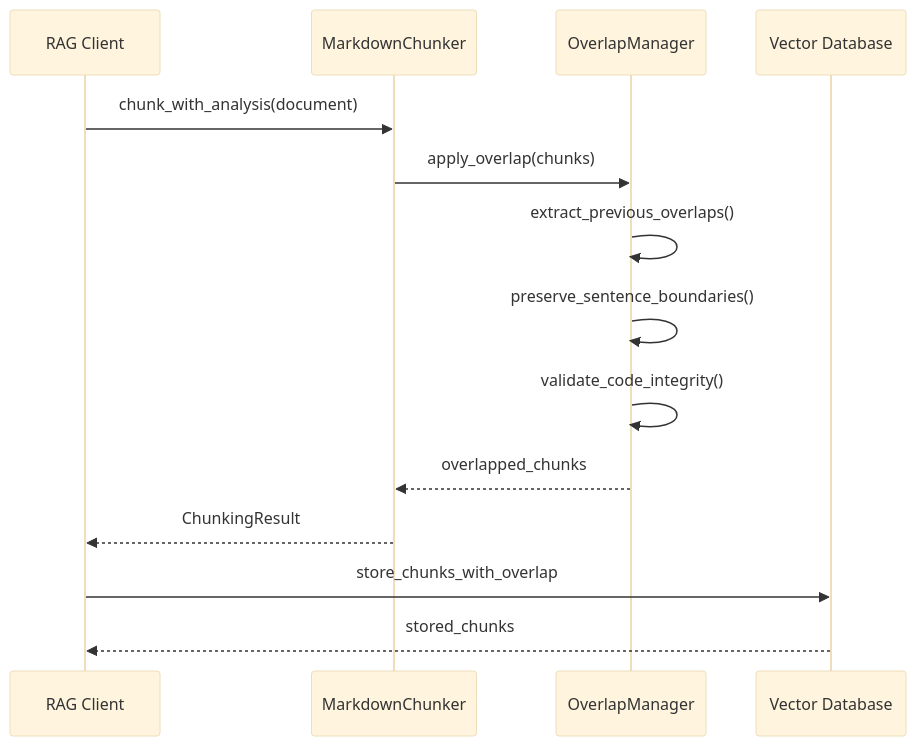
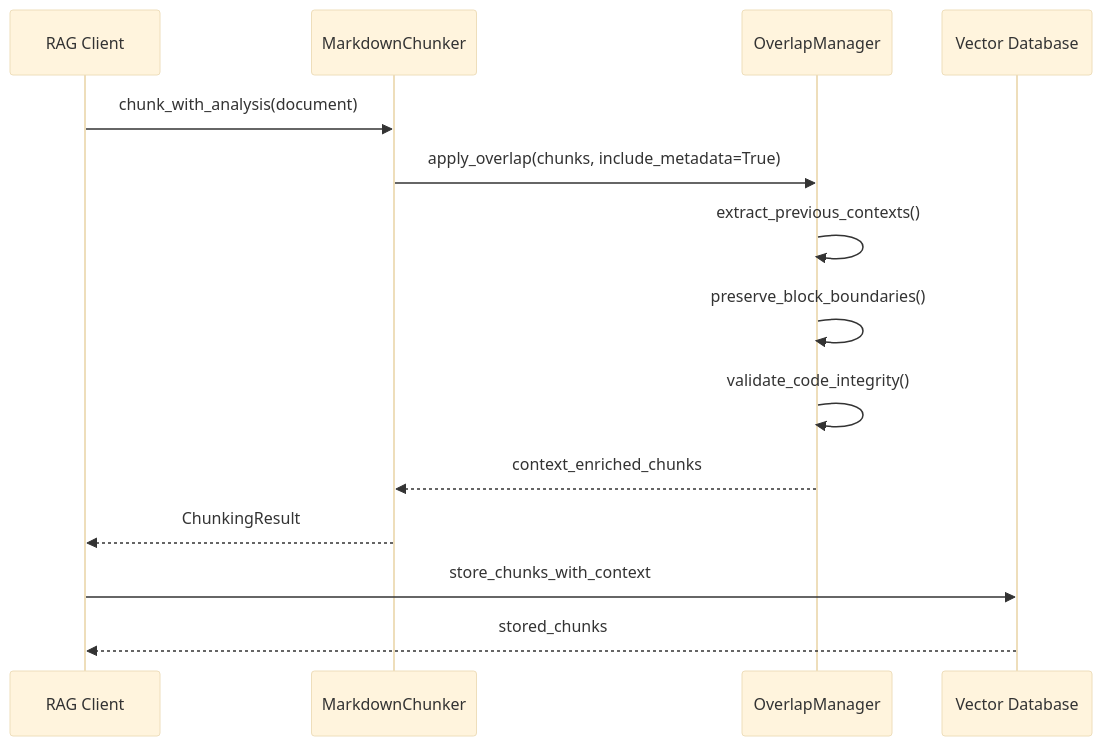
The fifth of 5 diagrams in .qoder/repowiki/en/content/Architecture & Design/Orchestrator Engine/Orchestration Pipeline/Post-Processing Pipeline/Overlap Management.md (asukhodko/dify-markdown-chunker), drawn with Mermaid (base theme) before and after one commit. The commit also changed other lines of this file and 1 other file, not shown here.

First line of the commit message:
docs(overlap_manager): update docs for metadata-based overlap mode

````diff
--- a/.qoder/repowiki/en/content/Architecture & Design/Orchestrator Engine/Orchestration Pipeline/Post-Processing Pipeline/Overlap Management.md
+++ b/.qoder/repowiki/en/content/Architecture & Design/Orchestrator Engine/Orchestration Pipeline/Post-Processing Pipeline/Overlap Management.md
@@ -328,16 +345,16 @@
 ```mermaid
 sequenceDiagram
 participant Client as RAG Client
 participant Chunker as MarkdownChunker
 participant OverlapMgr as OverlapManager
 participant VectorDB as Vector Database
 Client->>Chunker : chunk_with_analysis(document)
-Chunker->>OverlapMgr : apply_overlap(chunks)
-OverlapMgr->>OverlapMgr : extract_previous_overlaps()
-OverlapMgr->>OverlapMgr : preserve_sentence_boundaries()
+Chunker->>OverlapMgr : apply_overlap(chunks, include_metadata=True)
+OverlapMgr->>OverlapMgr : extract_previous_contexts()
+OverlapMgr->>OverlapMgr : preserve_block_boundaries()
 OverlapMgr->>OverlapMgr : validate_code_integrity()
-OverlapMgr-->>Chunker : overlapped_chunks
+OverlapMgr-->>Chunker : context_enriched_chunks
 Chunker-->>Client : ChunkingResult
-Client->>VectorDB : store_chunks_with_overlap
+Client->>VectorDB : store_chunks_with_context
 VectorDB-->>Client : stored_chunks
 ```
````
